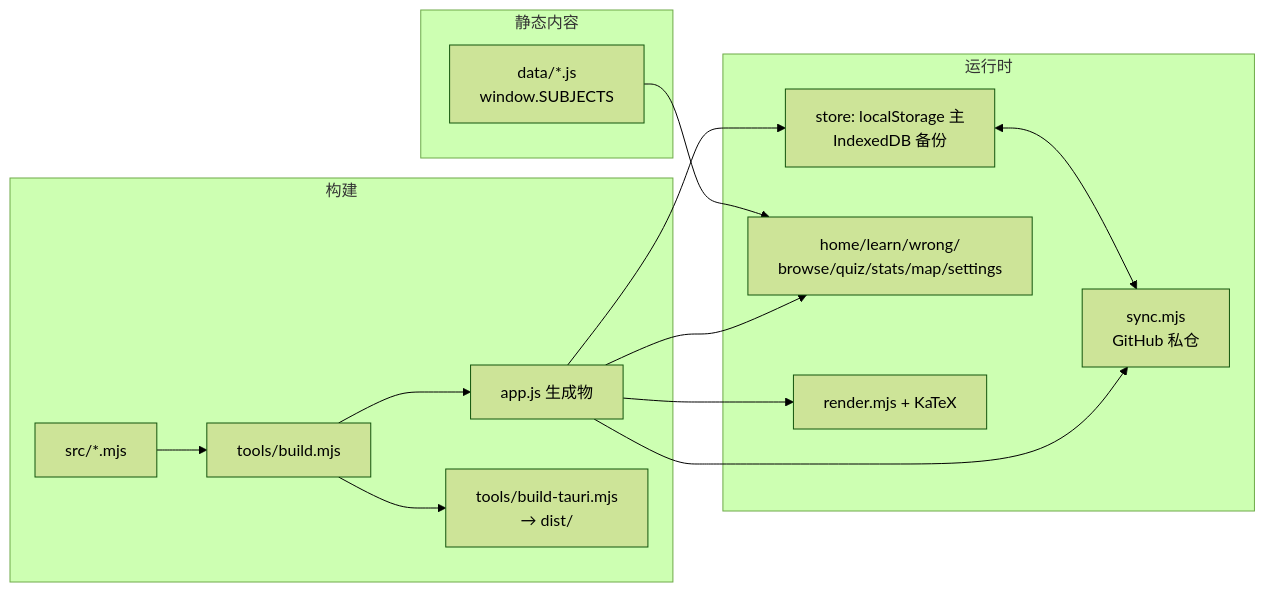
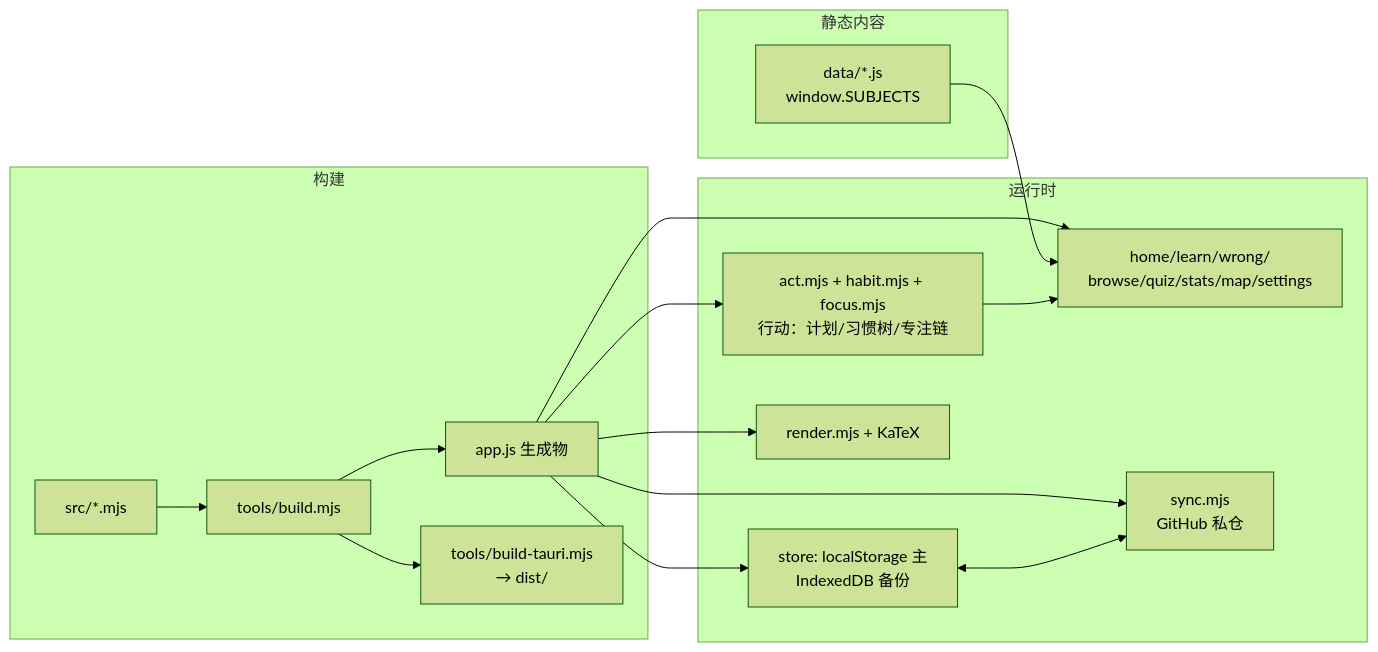
The diagram in docs/ARCHITECTURE.md (jadelin628-max/Athena), drawn with Mermaid (forest theme) before and after one commit. The commit also changed other lines of this file and 46 other files, not shown here.

````diff
--- a/docs/ARCHITECTURE.md
+++ b/docs/ARCHITECTURE.md
@@ -7,22 +7,24 @@
 ```mermaid
 flowchart LR
   subgraph 静态内容
     D["data/*.js\nwindow.SUBJECTS"]
   end
   subgraph 构建
     B["tools/build.mjs"]
     S["src/*.mjs"]
     A["app.js 生成物"]
     T["tools/build-tauri.mjs\n→ dist/"]
     S --> B --> A
     B --> T
   end
   subgraph 运行时
     A --> ST["store: localStorage 主\nIndexedDB 备份"]
     A --> UI["home/learn/wrong/\nbrowse/quiz/stats/map/settings"]
+    A --> ACT["act.mjs + habit.mjs + focus.mjs\n行动：计划/习惯树/专注链"]
     A --> SY["sync.mjs\nGitHub 私仓"]
     A --> R["render.mjs + KaTeX"]
   end
   D --> UI
   ST <--> SY
+  ACT --> UI
 ```
````
